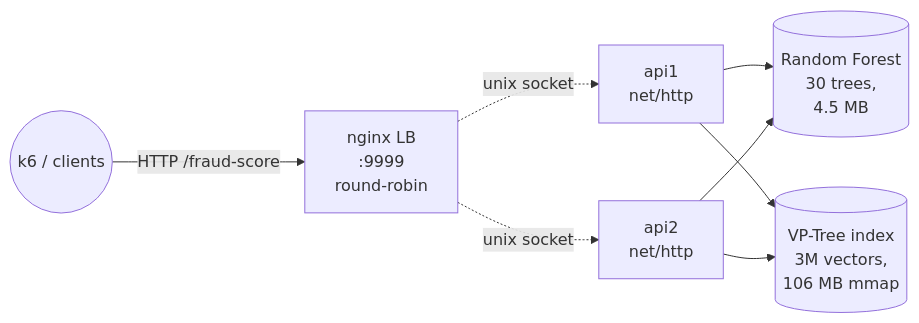
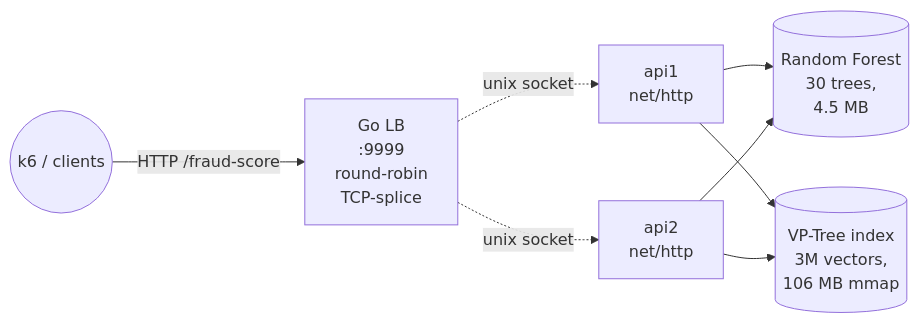
The diagram in README.md (vinnedev/rinha-2026), drawn with Mermaid before and after one commit. The commit also changed other lines of this file and 3 other files, not shown here.

First line of the commit message:
docs: refresh README and architecture to reflect Go LB + AVX2 + fastjson

````diff
--- a/README.md
+++ b/README.md
@@ -18,17 +21,17 @@
 ```mermaid
 flowchart LR
     client((k6 / clients))
-    nginx[nginx LB<br/>:9999<br/>round-robin]
+    lb[Go LB<br/>:9999<br/>round-robin<br/>TCP-splice]
     api1[api1<br/>net/http]
     api2[api2<br/>net/http]
     rf[(Random Forest<br/>30 trees,<br/>4.5 MB)]
     vp[(VP-Tree index<br/>3M vectors,<br/>106 MB mmap)]
 
-    client -->|HTTP /fraud-score| nginx
-    nginx -. unix socket .-> api1
-    nginx -. unix socket .-> api2
+    client -->|HTTP /fraud-score| lb
+    lb -. unix socket .-> api1
+    lb -. unix socket .-> api2
     api1 --> rf
     api1 --> vp
     api2 --> rf
     api2 --> vp
 ```
````
